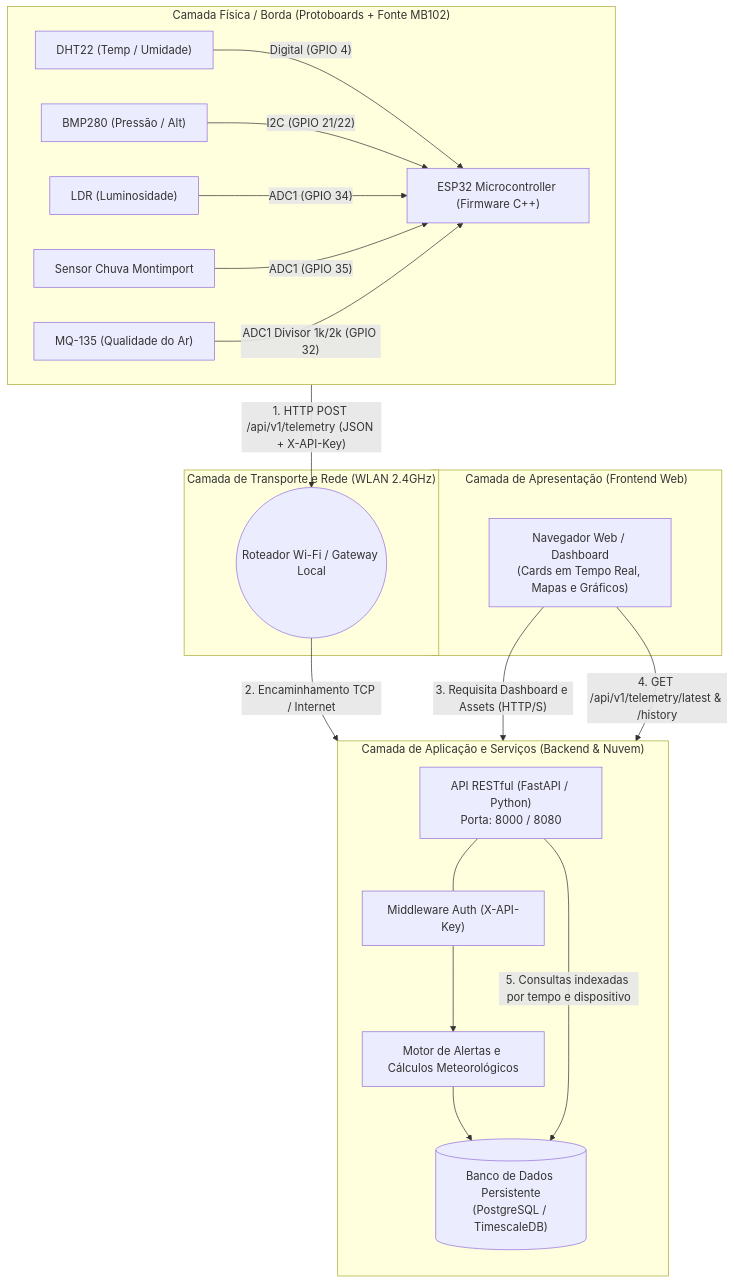
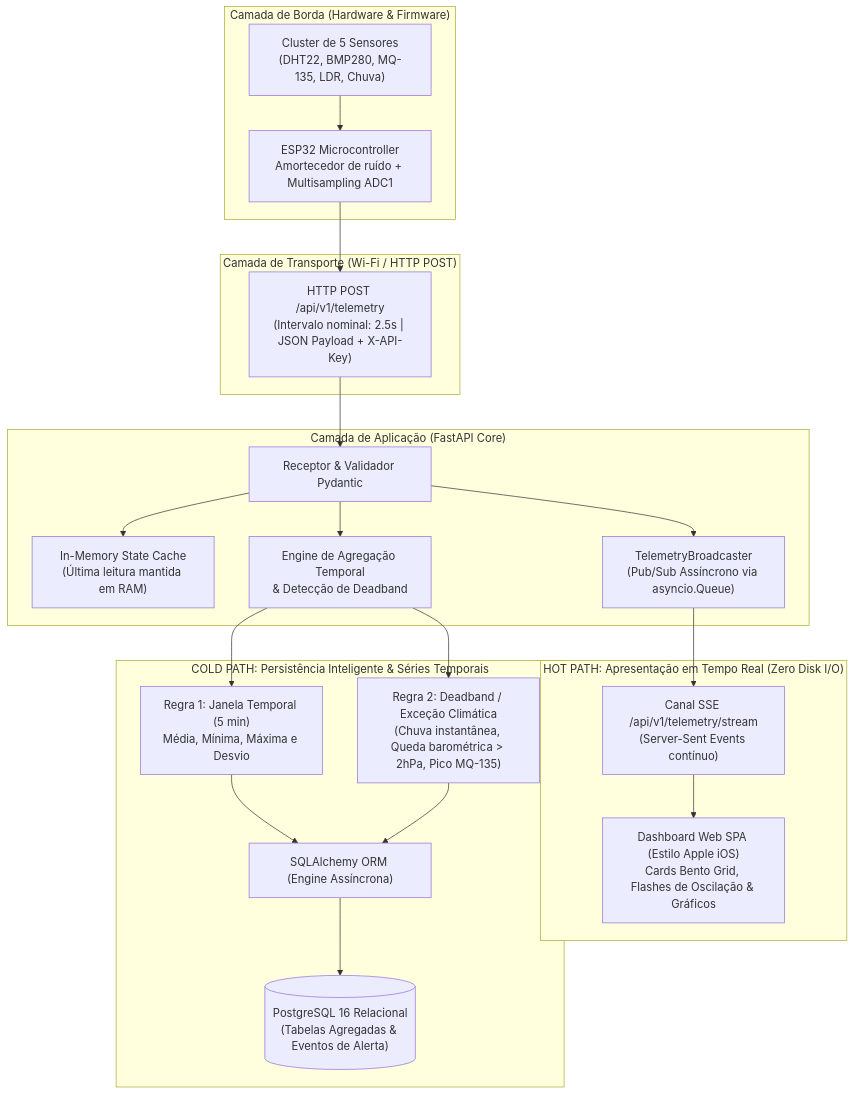
One commit to wallacevilela7/ecopulse changed the diagram in docs/arquitetura.md. Above: the diagram before and after it, drawn with Mermaid. The commit also changed other lines of this file and 7 other files, not shown here.

Commit message:
docs(architecture): document Hot/Cold Path dual-pipeline and compile ABNT technical references PDF

````diff
--- a/docs/arquitetura.md
+++ b/docs/arquitetura.md
@@ -9,38 +25,46 @@
 ```mermaid
 flowchart TB
-    subgraph Edge["Camada Física / Borda (Protoboards + Fonte MB102)"]
-        direction LR
-        DHT["DHT22 (Temp / Umidade)"] -- "Digital (GPIO 4)" --> ESP["ESP32 Microcontroller (Firmware C++)"]
-        BMP["BMP280 (Pressão / Alt)"] -- "I2C (GPIO 21/22)" --> ESP
-        LDR["LDR (Luminosidade)"] -- "ADC1 (GPIO 34)" --> ESP
-        RAIN["Sensor Chuva Montimport"] -- "ADC1 (GPIO 35)" --> ESP
-        MQ["MQ-135 (Qualidade do Ar)"] -- "ADC1 Divisor 1k/2k (GPIO 32)" --> ESP
+    subgraph Edge["Camada de Borda (Hardware & Firmware)"]
+        ESP["ESP32 Microcontroller<br/>Amortecedor de ruído + Multisampling ADC1"]
+        SENSORS["Cluster de 5 Sensores<br/>(DHT22, BMP280, MQ-135, LDR, Chuva)"]
+        SENSORS --> ESP
     end
 
-    subgraph Network["Camada de Transporte e Rede (WLAN 2.4GHz)"]
-        ROUTER(("Roteador Wi-Fi / Gateway Local"))
+    subgraph Transport["Camada de Transporte (Wi-Fi / HTTP POST)"]
+        HTTP["HTTP POST /api/v1/telemetry<br/>(Intervalo nominal: 2.5s | JSON Payload + X-API-Key)"]
+        ESP --> HTTP
     end
 
-    subgraph Server["Camada de Aplicação e Serviços (Backend & Nuvem)"]
-        direction TB
-        API["API RESTful (FastAPI / Python)<br/>Porta: 8000 / 8080"]
-        AUTH["Middleware Auth (X-API-Key)"]
-        ENGINE["Motor de Alertas e Cálculos Meteorológicos"]
-        DB[("Banco de Dados Persistente<br/>(PostgreSQL / TimescaleDB)")]
+    subgraph Backend["Camada de Aplicação (FastAPI Core)"]
+        INGEST["Receptor & Validador Pydantic"]
+        STATE["In-Memory State Cache<br/>(Última leitura mantida em RAM)"]
+        BROADCAST["TelemetryBroadcaster<br/>(Pub/Sub Assíncrono via asyncio.Queue)"]
+        AGGREGATOR["Engine de Agregação Temporal<br/>& Detecção de Deadband"]
         
-        API --- AUTH
-        AUTH --> ENGINE
-        ENGINE --> DB
+        HTTP --> INGEST
+        INGEST --> STATE
+        INGEST --> BROADCAST
+        INGEST --> AGGREGATOR
     end
 
-    subgraph Client["Camada de Apresentação (Frontend Web)"]
-        BROWSER["Navegador Web / Dashboard<br/>(Cards em Tempo Real, Mapas e Gráficos)"]
+    subgraph HotPath["HOT PATH: Apresentação em Tempo Real (Zero Disk I/O)"]
+        SSE["Canal SSE /api/v1/telemetry/stream<br/>(Server-Sent Events contínuo)"]
+        DASHBOARD["Dashboard Web SPA (Estilo Apple iOS)<br/>Cards Bento Grid, Flashes de Oscilação & Gráficos"]
+        
+        BROADCAST --> SSE
+        SSE --> DASHBOARD
     end
 
-    %% Conexões de fluxo
-    ESP -- "1. HTTP POST /api/v1/telemetry (JSON + X-API-Key)" --> ROUTER
-    ROUTER -- "2. Encaminhamento TCP / Internet" --> API
-    BROWSER -- "3. Requisita Dashboard e Assets (HTTP/S)" --> API
-    BROWSER -- "4. GET /api/v1/telemetry/latest & /history" --> API
-    API -- "5. Consultas indexadas por tempo e dispositivo" --> DB
+    subgraph ColdPath["COLD PATH: Persistência Inteligente & Séries Temporais"]
+        RULE1["Regra 1: Janela Temporal (5 min)<br/>Média, Mínima, Máxima e Desvio"]
+        RULE2["Regra 2: Deadband / Exceção Climática<br/>(Chuva instantânea, Queda barométrica > 2hPa, Pico MQ-135)"]
+        ORM["SQLAlchemy ORM (Engine Assíncrona)"]
+        DB[("PostgreSQL 16 Relacional<br/>(Tabelas Agregadas & Eventos de Alerta)")]
+        
+        AGGREGATOR --> RULE1
+        AGGREGATOR --> RULE2
+        RULE1 --> ORM
+        RULE2 --> ORM
+        ORM --> DB
+    end
 ```
````
